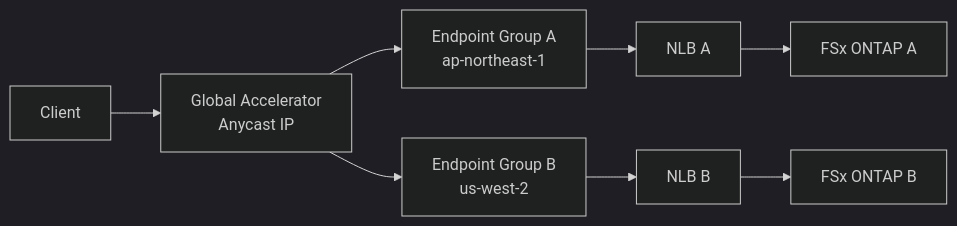
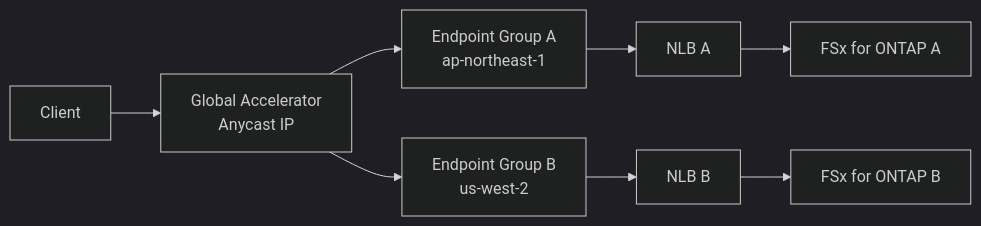
The second of 3 diagrams in flexcache-anycast-dr/docs/network-design-bgp-vip.md (Yoshiki0705/FSx-for-ONTAP-S3AccessPoints-Serverless-Patterns), drawn with Mermaid (dark theme) before and after one commit. The commit also changed other lines of this file and 752 other files, not shown here.

````diff
--- a/flexcache-anycast-dr/docs/network-design-bgp-vip.md
+++ b/flexcache-anycast-dr/docs/network-design-bgp-vip.md
@@ -155,8 +155,8 @@
 ```mermaid
 graph LR
     CLIENT[Client] --> GA[Global Accelerator<br/>Anycast IP]
     GA --> EP_A[Endpoint Group A<br/>ap-northeast-1]
     GA --> EP_B[Endpoint Group B<br/>us-west-2]
-    EP_A --> NLB_A[NLB A] --> FSX_A[FSx ONTAP A]
-    EP_B --> NLB_B[NLB B] --> FSX_B[FSx ONTAP B]
+    EP_A --> NLB_A[NLB A] --> FSX_A[FSx for ONTAP A]
+    EP_B --> NLB_B[NLB B] --> FSX_B[FSx for ONTAP B]
 ```
````
